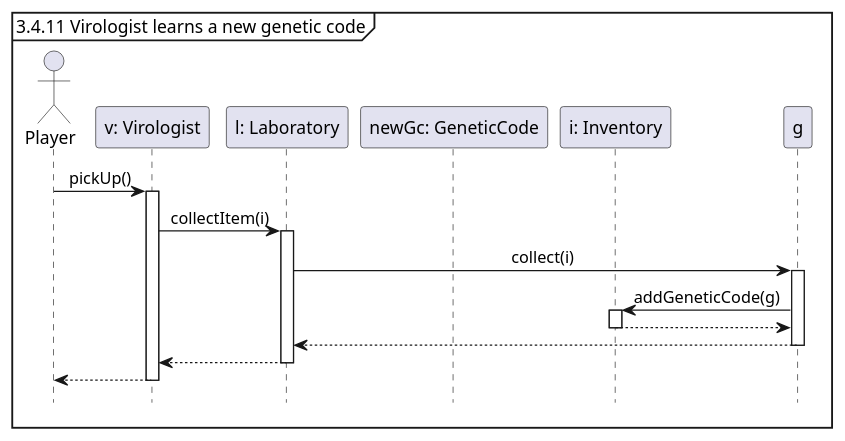
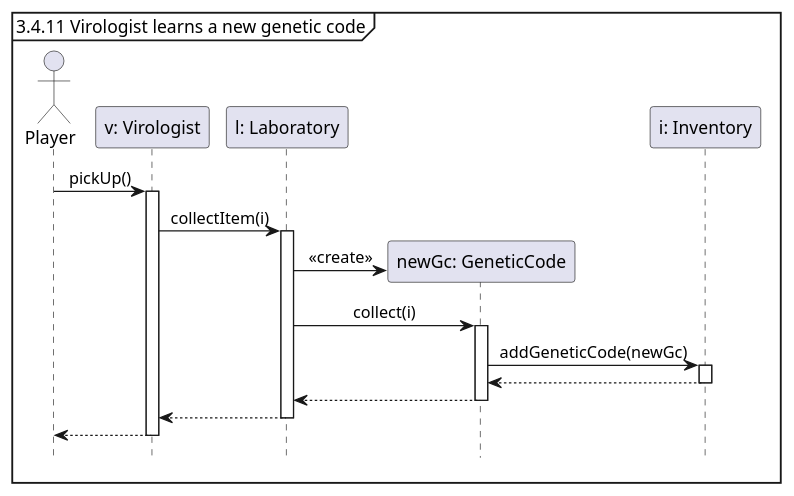
One commit to Tschonti/503-service-unavailable changed the diagram in docs/seqDiagrams/10_2pickUpGeneticCode.puml. Above: the diagram before and after it, drawn with PlantUML. The commit also changed 9 other files, not shown here.

```diff
--- a/docs/seqDiagrams/10_2pickUpGeneticCode.puml
+++ b/docs/seqDiagrams/10_2pickUpGeneticCode.puml
@@ -1,24 +1,25 @@
 @startuml
 'https://plantuml.com/sequence-diagram
 
 hide footbox
 skinparam sequenceMessageAlign center
 
 mainframe 3.4.11 Virologist learns a new genetic code
 
 actor Player as p
 participant "v: Virologist" as v
 participant "l: Laboratory" as l
 participant "newGc: GeneticCode" as newGc
 participant "i: Inventory" as i
 
 p -> v ++ : pickUp()
     v -> l ++ : collectItem(i)
-        l -> g ++ : collect(i)
-            g -> i ++ : addGeneticCode(g)
+        l -> newGc ** : <<create>>
+        l -> newGc ++ : collect(i)
+            newGc -> i ++ : addGeneticCode(newGc)
             return
         return
     return
 return
 
 @enduml
```
